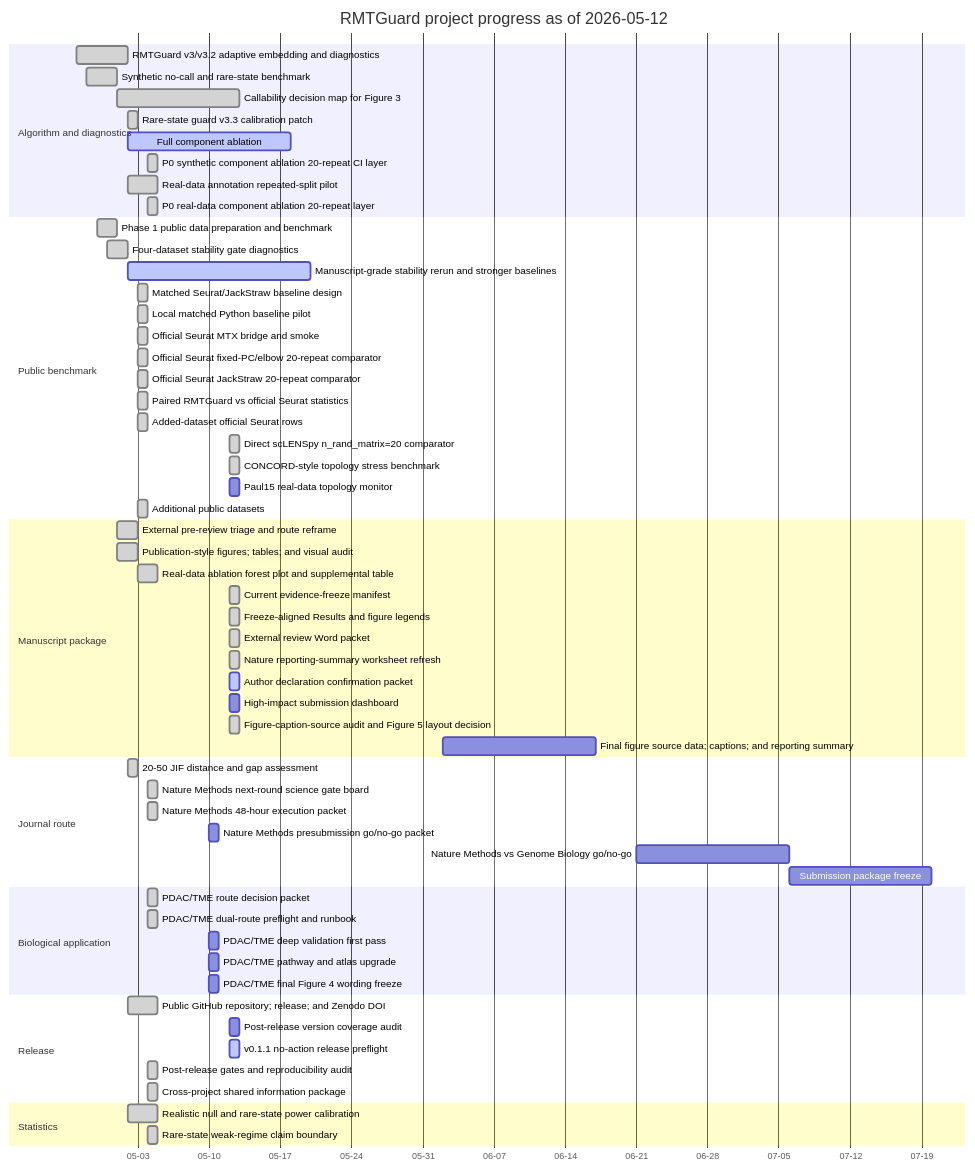
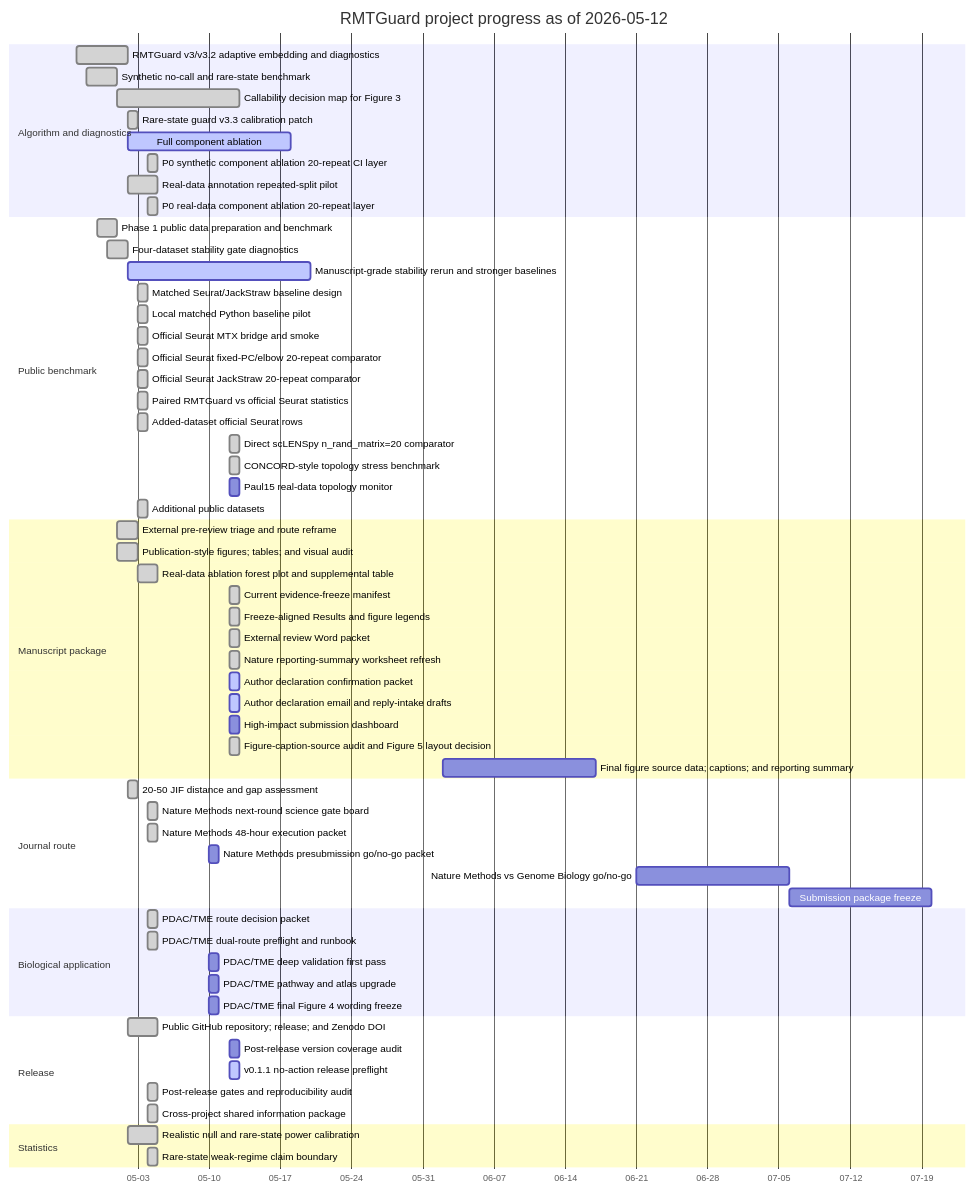
Before and after one commit to healthgreat/rmtguard: the diagram in results/project_management/rmtguard_project_gantt.md, drawn with Mermaid. The commit also changed other lines of this file and 23 other files, not shown here.

Commit message:
Add author declaration email packet

````diff
--- a/results/project_management/rmtguard_project_gantt.md
+++ b/results/project_management/rmtguard_project_gantt.md
@@ -13,64 +13,65 @@
 ```mermaid
 gantt
     title RMTGuard project progress as of 2026-05-12
     dateFormat  YYYY-MM-DD
     axisFormat  %m-%d
     section Algorithm and diagnostics
     RMTGuard v3/v3.2 adaptive embedding and diagnostics :done, T01, 2026-04-27, 5d
     Synthetic no-call and rare-state benchmark :done, T02, 2026-04-28, 3d
     Callability decision map for Figure 3 :done, T03, 2026-05-01, 12d
     Rare-state guard v3.3 calibration patch :done, T04, 2026-05-02, 1d
     Full component ablation :active, T18, 2026-05-02, 16d
     P0 synthetic component ablation 20-repeat CI layer :done, T19, 2026-05-04, 1d
     Real-data annotation repeated-split pilot :done, T20, 2026-05-02, 3d
     P0 real-data component ablation 20-repeat layer :done, T21, 2026-05-04, 1d
     section Public benchmark
     Phase 1 public data preparation and benchmark :done, T05, 2026-04-29, 2d
     Four-dataset stability gate diagnostics :done, T06, 2026-04-30, 2d
     Manuscript-grade stability rerun and stronger baselines :active, T17, 2026-05-02, 18d
-    Matched Seurat/JackStraw baseline design :done, T32, 2026-05-03, 1d
-    Local matched Python baseline pilot :done, T33, 2026-05-03, 1d
-    Official Seurat MTX bridge and smoke :done, T34, 2026-05-03, 1d
-    Official Seurat fixed-PC/elbow 20-repeat comparator :done, T35, 2026-05-03, 1d
-    Official Seurat JackStraw 20-repeat comparator :done, T36, 2026-05-03, 1d
-    Paired RMTGuard vs official Seurat statistics :done, T37, 2026-05-03, 1d
-    Added-dataset official Seurat rows :done, T38, 2026-05-03, 1d
-    Direct scLENSpy n_rand_matrix=20 comparator :done, T39, 2026-05-12, 1d
-    CONCORD-style topology stress benchmark :done, T40, 2026-05-12, 1d
-    Paul15 real-data topology monitor :T41, 2026-05-12, 1d
-    Additional public datasets :done, T45, 2026-05-03, 1d
+    Matched Seurat/JackStraw baseline design :done, T33, 2026-05-03, 1d
+    Local matched Python baseline pilot :done, T34, 2026-05-03, 1d
+    Official Seurat MTX bridge and smoke :done, T35, 2026-05-03, 1d
+    Official Seurat fixed-PC/elbow 20-repeat comparator :done, T36, 2026-05-03, 1d
+    Official Seurat JackStraw 20-repeat comparator :done, T37, 2026-05-03, 1d
+    Paired RMTGuard vs official Seurat statistics :done, T38, 2026-05-03, 1d
+    Added-dataset official Seurat rows :done, T39, 2026-05-03, 1d
+    Direct scLENSpy n_rand_matrix=20 comparator :done, T40, 2026-05-12, 1d
+    CONCORD-style topology stress benchmark :done, T41, 2026-05-12, 1d
+    Paul15 real-data topology monitor :T42, 2026-05-12, 1d
+    Additional public datasets :done, T46, 2026-05-03, 1d
     section Manuscript package
     External pre-review triage and route reframe :done, T07, 2026-05-01, 2d
     Publication-style figures; tables; and visual audit :done, T08, 2026-05-01, 2d
     Real-data ablation forest plot and supplemental table :done, T22, 2026-05-03, 2d
     Current evidence-freeze manifest :done, T23, 2026-05-12, 1d
     Freeze-aligned Results and figure legends :done, T24, 2026-05-12, 1d
     External review Word packet :done, T25, 2026-05-12, 1d
     Nature reporting-summary worksheet refresh :done, T26, 2026-05-12, 1d
     Author declaration confirmation packet :active, T27, 2026-05-12, 1d
-    High-impact submission dashboard :T28, 2026-05-12, 1d
-    Figure-caption-source audit and Figure 5 layout decision :done, T29, 2026-05-12, 1d
-    Final figure source data; captions; and reporting summary :T46, 2026-06-02, 15d
+    Author declaration email and reply-intake drafts :active, T28, 2026-05-12, 1d
+    High-impact submission dashboard :T29, 2026-05-12, 1d
+    Figure-caption-source audit and Figure 5 layout decision :done, T30, 2026-05-12, 1d
+    Final figure source data; captions; and reporting summary :T47, 2026-06-02, 15d
     section Journal route
     20-50 JIF distance and gap assessment :done, T09, 2026-05-02, 1d
     Nature Methods next-round science gate board :done, T10, 2026-05-04, 1d
     Nature Methods 48-hour execution packet :done, T11, 2026-05-04, 1d
-    Nature Methods presubmission go/no-go packet :T49, 2026-05-10, 1d
-    Nature Methods vs Genome Biology go/no-go :T50, 2026-06-21, 15d
-    Submission package freeze :T51, 2026-07-06, 14d
+    Nature Methods presubmission go/no-go packet :T50, 2026-05-10, 1d
+    Nature Methods vs Genome Biology go/no-go :T51, 2026-06-21, 15d
+    Submission package freeze :T52, 2026-07-06, 14d
     section Biological application
     PDAC/TME route decision packet :done, T12, 2026-05-04, 1d
     PDAC/TME dual-route preflight and runbook :done, T13, 2026-05-04, 1d
-    PDAC/TME deep validation first pass :T42, 2026-05-10, 1d
-    PDAC/TME pathway and atlas upgrade :T43, 2026-05-10, 1d
-    PDAC/TME final Figure 4 wording freeze :T44, 2026-05-10, 1d
+    PDAC/TME deep validation first pass :T43, 2026-05-10, 1d
+    PDAC/TME pathway and atlas upgrade :T44, 2026-05-10, 1d
+    PDAC/TME final Figure 4 wording freeze :T45, 2026-05-10, 1d
     section Release
     Public GitHub repository; release; and Zenodo DOI :done, T14, 2026-05-02, 3d
-    Post-release version coverage audit :T30, 2026-05-12, 1d
-    v0.1.1 no-action release preflight :active, T31, 2026-05-12, 1d
-    Post-release gates and reproducibility audit :done, T47, 2026-05-04, 1d
-    Cross-project shared information package :done, T48, 2026-05-04, 1d
+    Post-release version coverage audit :T31, 2026-05-12, 1d
+    v0.1.1 no-action release preflight :active, T32, 2026-05-12, 1d
+    Post-release gates and reproducibility audit :done, T48, 2026-05-04, 1d
+    Cross-project shared information package :done, T49, 2026-05-04, 1d
     section Statistics
     Realistic null and rare-state power calibration :done, T15, 2026-05-02, 3d
     Rare-state weak-regime claim boundary :done, T16, 2026-05-04, 1d
 ```
````
